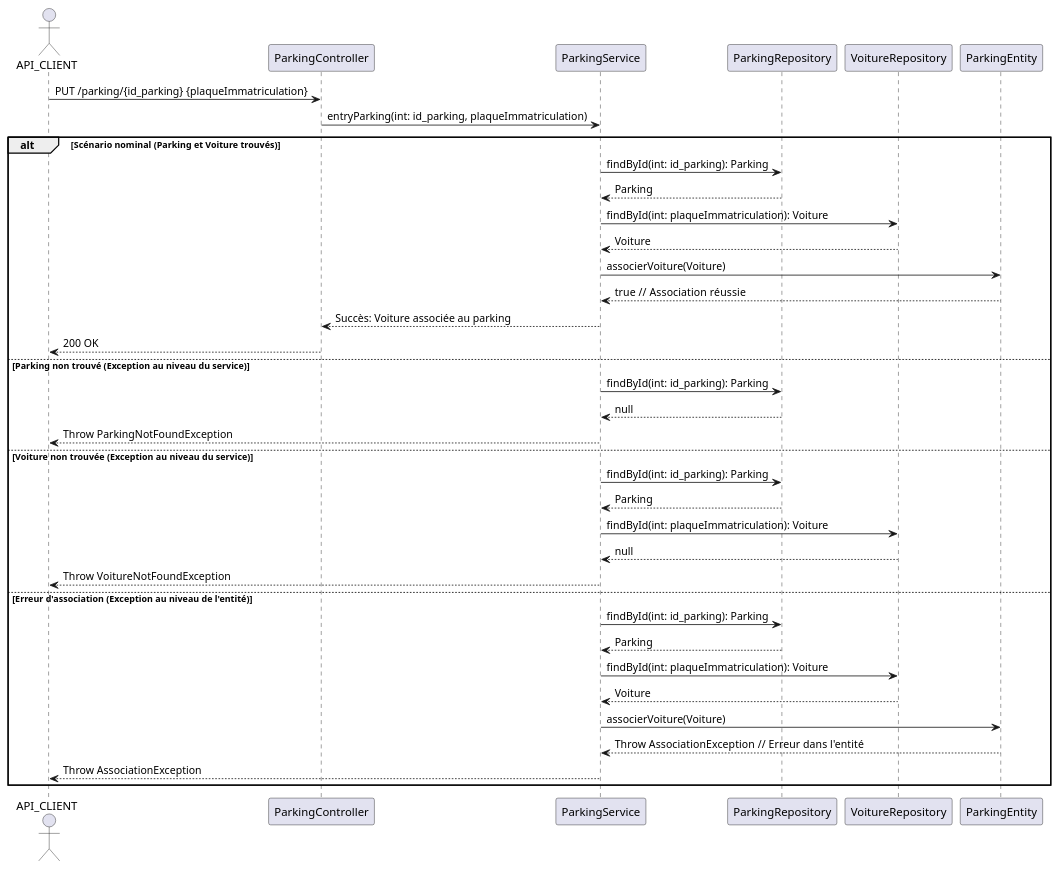
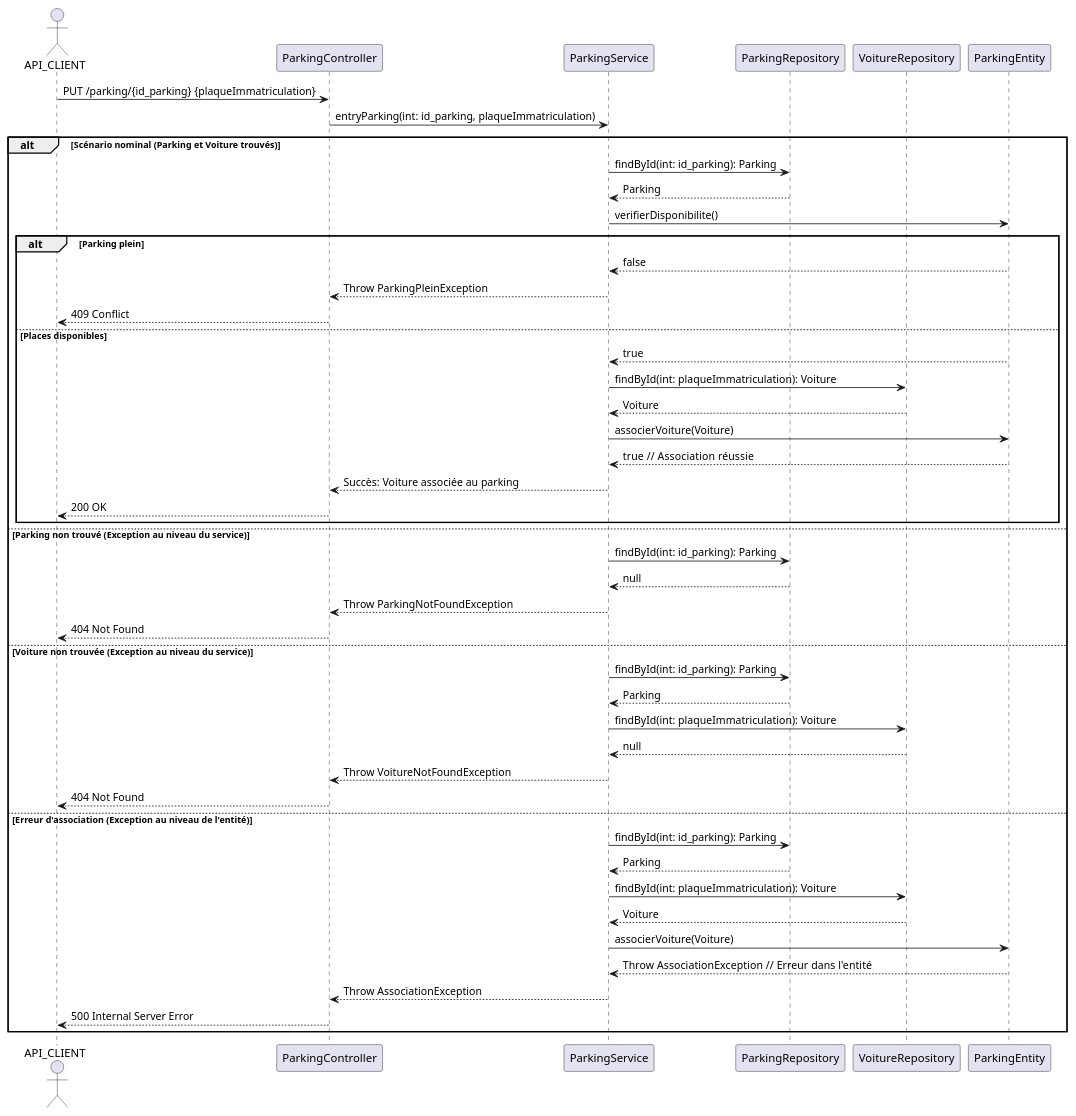
One commit to ETML-ES-FWBE/TheLakeTeam changed the diagram in docs/Diagramme-Sequence-Entry-Parking.puml. Above: the diagram before and after it, drawn with PlantUML.

Commit message:
docs : Rajout de la gestion du parking plein

```diff
--- a/docs/Diagramme-Sequence-Entry-Parking.puml
+++ b/docs/Diagramme-Sequence-Entry-Parking.puml
@@ -1,44 +1,55 @@
 @startuml
 actor API_CLIENT
 participant "ParkingController" as PC
 participant "ParkingService" as PS
 participant "ParkingRepository" as PR
 participant "VoitureRepository" as VR
 participant "ParkingEntity" as PE
 
 API_CLIENT -> PC: PUT /parking/{id_parking} {plaqueImmatriculation}
 PC -> PS: entryParking(int: id_parking, plaqueImmatriculation)
 
 alt Scénario nominal (Parking et Voiture trouvés)
     PS -> PR: findById(int: id_parking): Parking
     PR --> PS: Parking
-    PS -> VR: findById(int: plaqueImmatriculation): Voiture
-    VR --> PS: Voiture
-    PS -> PE: associerVoiture(Voiture)
-    PE --> PS: true  // Association réussie
+    PS -> PE: verifierDisponibilite()
+    alt Parking plein
+        PE --> PS: false
+        PS --> PC: Throw ParkingPleinException
+        PC --> API_CLIENT: 409 Conflict
+    else Places disponibles
+        PE --> PS: true
+        PS -> VR: findById(int: plaqueImmatriculation): Voiture
+        VR --> PS: Voiture
+        PS -> PE: associerVoiture(Voiture)
+        PE --> PS: true  // Association réussie
 
-    PS --> PC: Succès: Voiture associée au parking
-    PC --> API_CLIENT: 200 OK
+        PS --> PC: Succès: Voiture associée au parking
+        PC --> API_CLIENT: 200 OK
+    end
 
 else Parking non trouvé (Exception au niveau du service)
     PS -> PR: findById(int: id_parking): Parking
     PR --> PS: null
-    PS --> API_CLIENT: Throw ParkingNotFoundException
+    PS --> PC: Throw ParkingNotFoundException
+    PC --> API_CLIENT: 404 Not Found
 
 else Voiture non trouvée (Exception au niveau du service)
     PS -> PR: findById(int: id_parking): Parking
     PR --> PS: Parking
     PS -> VR: findById(int: plaqueImmatriculation): Voiture
     VR --> PS: null
-    PS --> API_CLIENT: Throw VoitureNotFoundException
+    PS --> PC: Throw VoitureNotFoundException
+    PC --> API_CLIENT: 404 Not Found
 
 else Erreur d'association (Exception au niveau de l'entité)
     PS -> PR: findById(int: id_parking): Parking
     PR --> PS: Parking
     PS -> VR: findById(int: plaqueImmatriculation): Voiture
     VR --> PS: Voiture
     PS -> PE: associerVoiture(Voiture)
     PE --> PS: Throw AssociationException  // Erreur dans l'entité
-    PS --> API_CLIENT: Throw AssociationException
+    PS --> PC: Throw AssociationException
+    PC --> API_CLIENT: 500 Internal Server Error
 end
 @enduml
```
